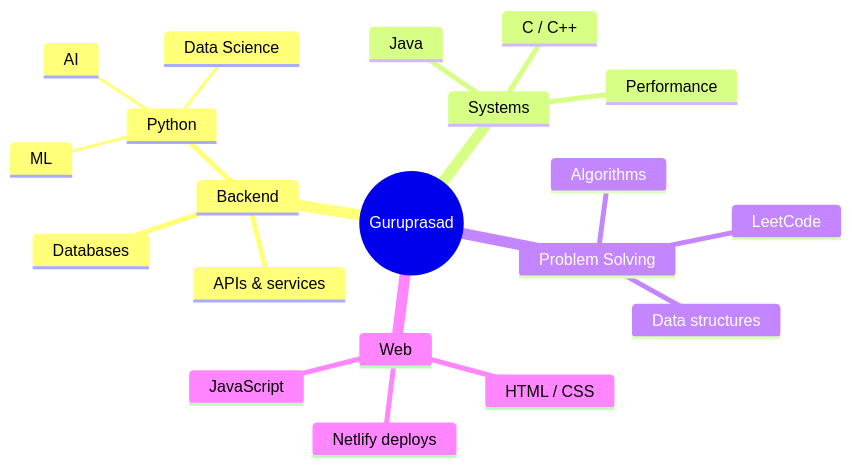
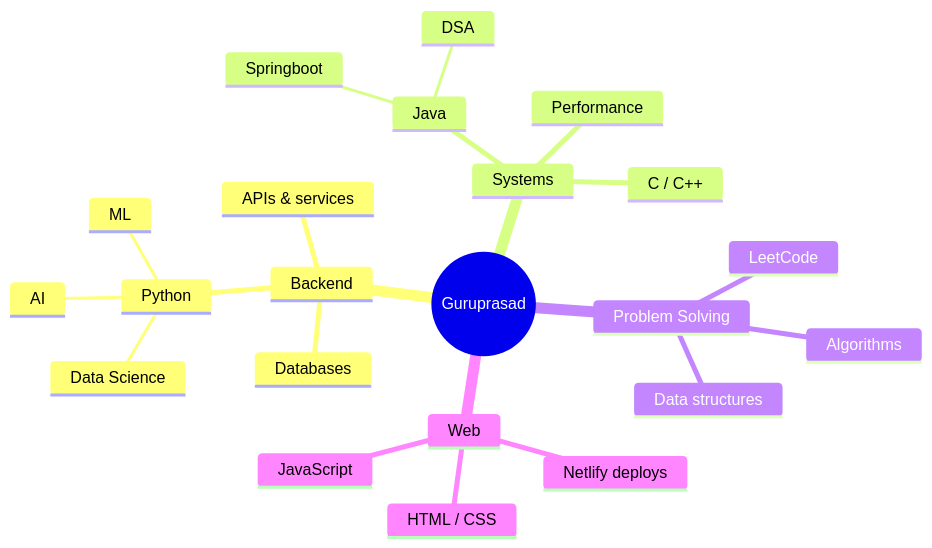
Before and after one commit to GURUPRASAD178/GURUPRASAD178: the diagram in README.md, drawn with Mermaid.

````diff
--- a/README.md
+++ b/README.md
@@ -65,23 +65,25 @@
 ```mermaid
 mindmap
   root((Guruprasad))
     Backend
       APIs & services
       Databases
       Python
           AI
           ML
           Data Science
     Systems
       C / C++
       Java
+          Springboot
+          DSA
       Performance
     Problem Solving
       Data structures
       Algorithms
       LeetCode
     Web
       HTML / CSS
       JavaScript
       Netlify deploys
 ```
````
